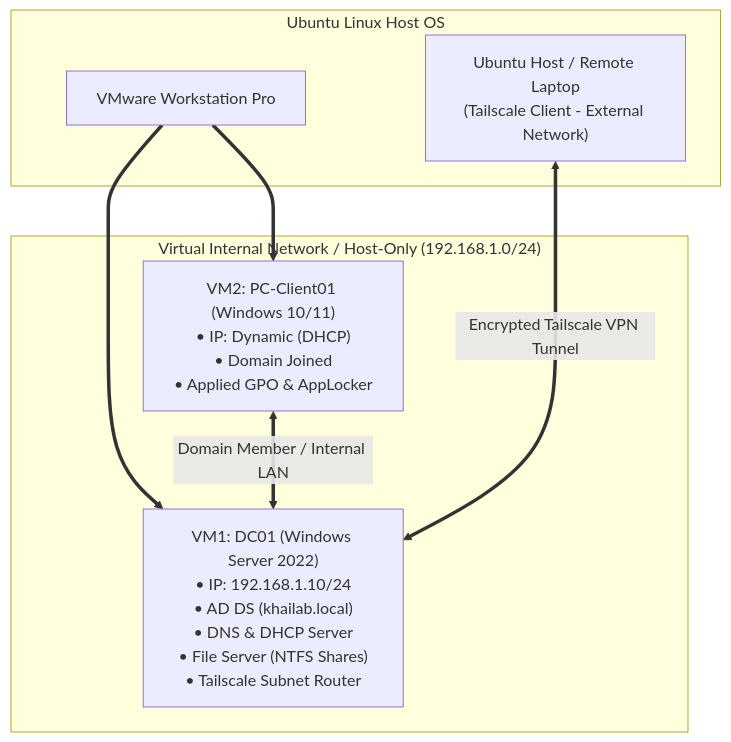
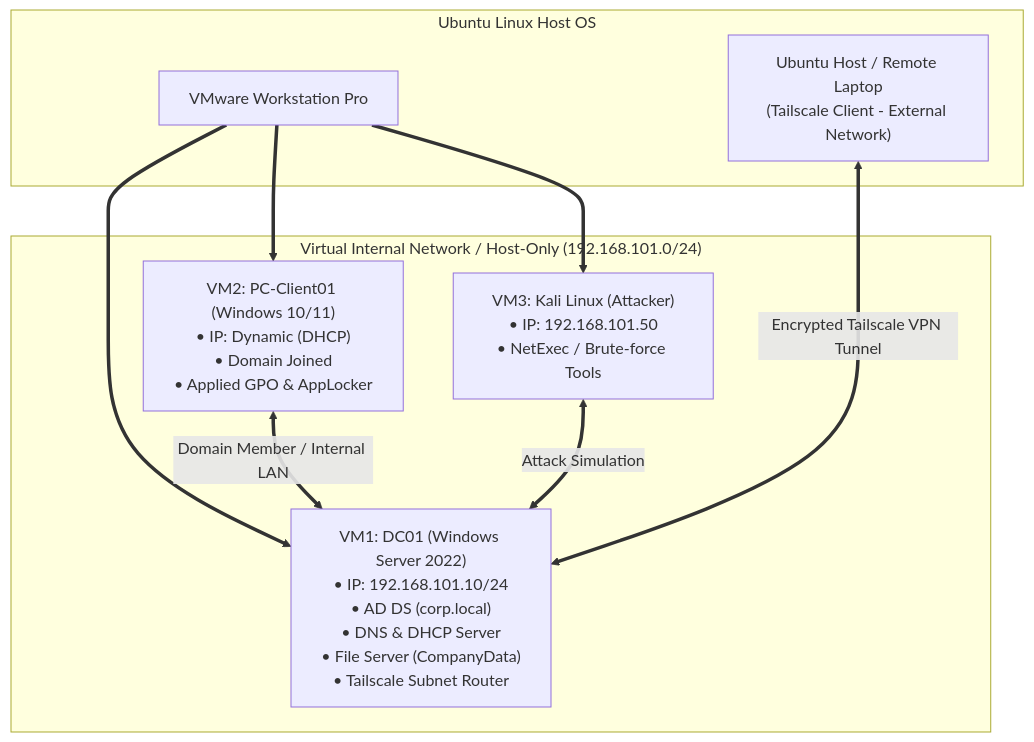
One commit to HoangTranVietKhai11/WINDOWS-SERVER-ACTIVE-DIRECTORY-LAB changed the diagram in README.md. Above: the diagram before and after it, drawn with Mermaid. The commit also changed other lines of this file and 17 other files, not shown here.

````diff
--- a/README.md
+++ b/README.md
@@ -42,17 +45,20 @@
 ```mermaid
 graph TD
     subgraph Host_OS [" Ubuntu Linux Host OS "]
         VMware["VMware Workstation Pro"]
         UbuntuClient["Ubuntu Host / Remote Laptop<br/>(Tailscale Client - External Network)"]
     end
 
-    subgraph Internal_LAN [" Virtual Internal Network / Host-Only (192.168.1.0/24) "]
-        DC01["VM1: DC01 (Windows Server 2022)<br/>• IP: 192.168.1.10/24<br/>• AD DS (khailab.local)<br/>• DNS & DHCP Server<br/>• File Server (NTFS Shares)<br/>• Tailscale Subnet Router"]
+    subgraph Internal_LAN [" Virtual Internal Network / Host-Only (192.168.101.0/24) "]
+        DC01["VM1: DC01 (Windows Server 2022)<br/>• IP: 192.168.101.10/24<br/>• AD DS (corp.local)<br/>• DNS & DHCP Server<br/>• File Server (CompanyData)<br/>• Tailscale Subnet Router"]
         Client01["VM2: PC-Client01 (Windows 10/11)<br/>• IP: Dynamic (DHCP)<br/>• Domain Joined<br/>• Applied GPO & AppLocker"]
+        Kali["VM3: Kali Linux (Attacker)<br/>• IP: 192.168.101.50<br/>• NetExec / Brute-force Tools"]
     end
 
     VMware ==> DC01
     VMware ==> Client01
+    VMware ==> Kali
     Client01 <== "Domain Member / Internal LAN" ==> DC01
+    Kali <== "Attack Simulation" ==> DC01
     UbuntuClient <== "Encrypted Tailscale VPN Tunnel" ==> DC01
 ```
````
